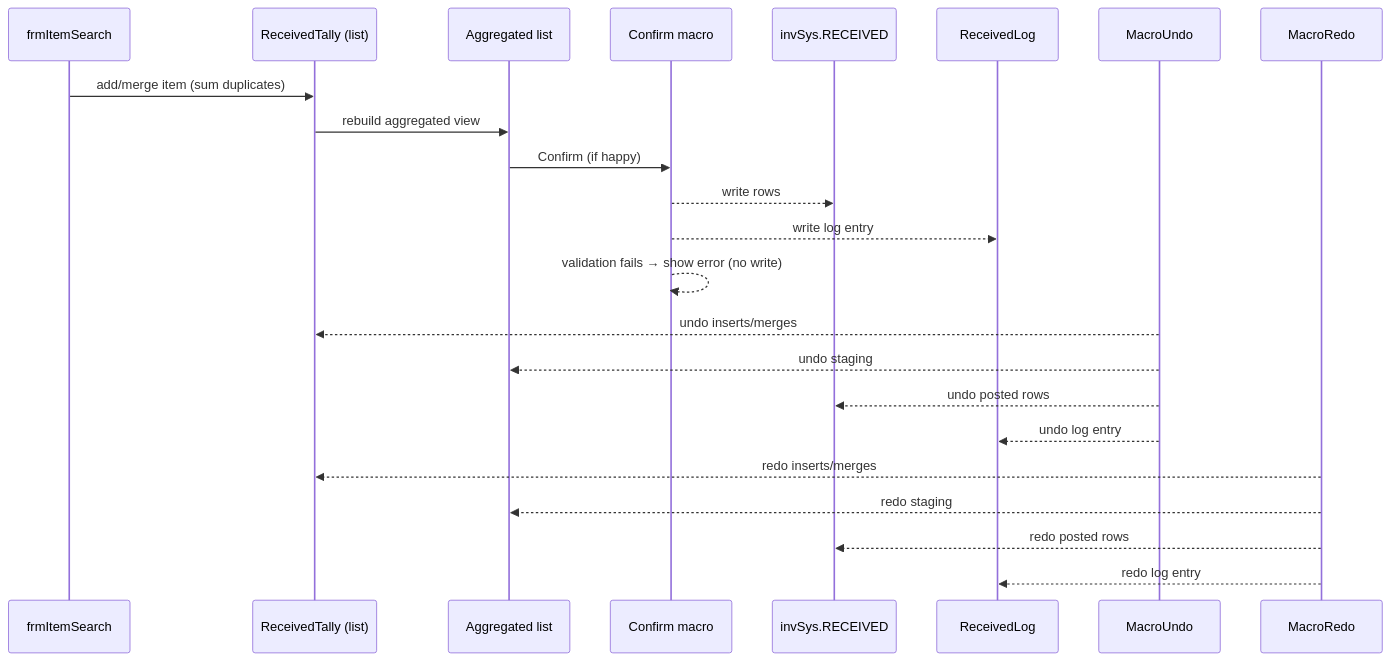
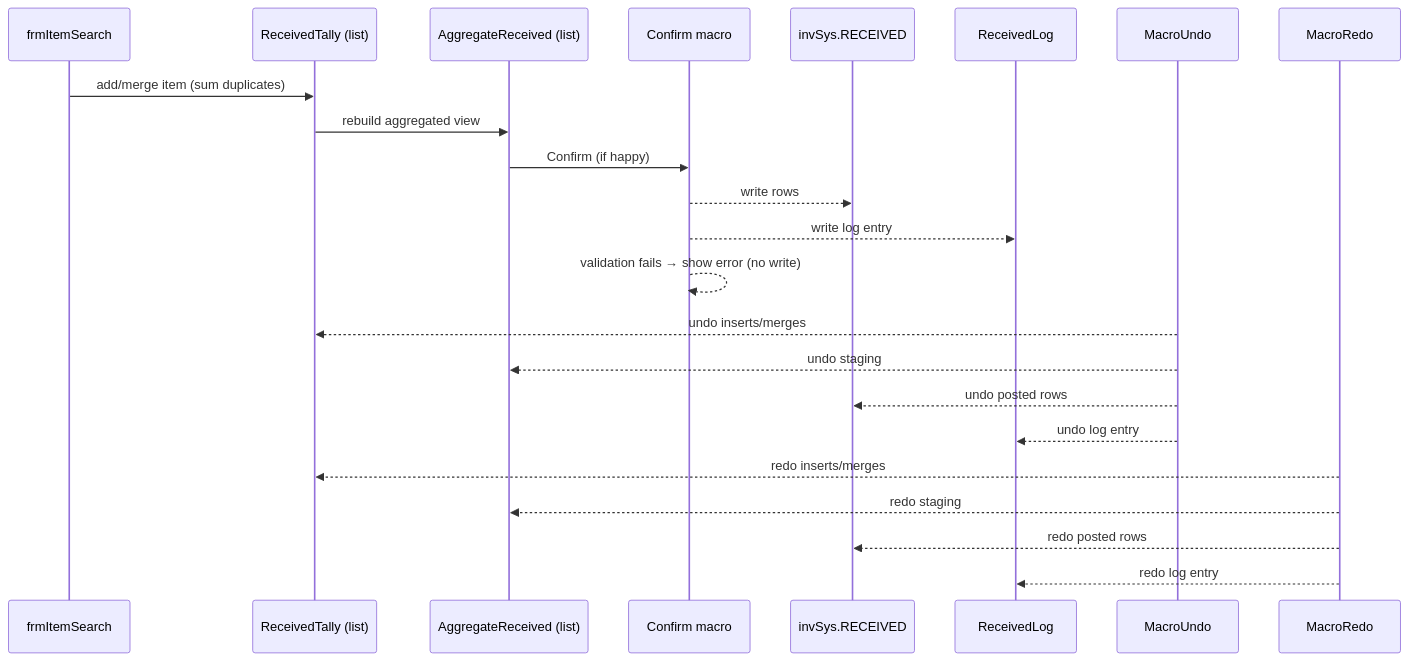
Before and after one commit to justinwj/invSys: the third of 4 diagrams in plan docs/ReceivedTallySystem/refactor_views.md, drawn with Mermaid. The commit also changed other lines of this file and 2 other files, not shown here.

Commit message:
• frmItemSearch.UserForm_Initialize now calls modTS_Received.LoadItemList (no modTS_Data reference). • Added LoadItemList in modTS_Received: reads InventoryManagement!invSys and returns ITEM_CODE, ITEM, UOM, LOCATION; ColumnIndex helper is defined in the module. Kept the list box setup intact.

````diff
--- a/plan docs/ReceivedTallySystem/refactor_views.md
+++ b/plan docs/ReceivedTallySystem/refactor_views.md
@@ -66,29 +64,29 @@
 ```mermaid
 sequenceDiagram
     participant Search as frmItemSearch
     participant RT as ReceivedTally (list)
-    participant AGG as Aggregated list
+    participant AGG as AggregateReceived (list)
     participant CNF as Confirm macro
     participant INV as invSys.RECEIVED
     participant LOG as ReceivedLog
     participant UNDO as MacroUndo
     participant REDO as MacroRedo
 
     Search->>RT: add/merge item (sum duplicates)
     RT->>AGG: rebuild aggregated view
 
     AGG->>CNF: Confirm (if happy)
     CNF-->>INV: write rows
     CNF-->>LOG: write log entry
     CNF-->>CNF: validation fails → show error (no write)
 
     UNDO-->>RT: undo inserts/merges
     UNDO-->>AGG: undo staging
     UNDO-->>INV: undo posted rows
     UNDO-->>LOG: undo log entry
 
     REDO-->>RT: redo inserts/merges
     REDO-->>AGG: redo staging
     REDO-->>INV: redo posted rows
     REDO-->>LOG: redo log entry
 ```
````
